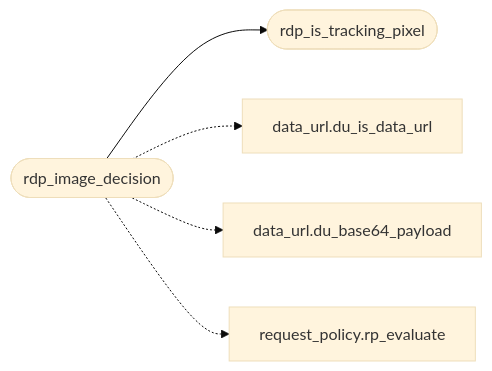
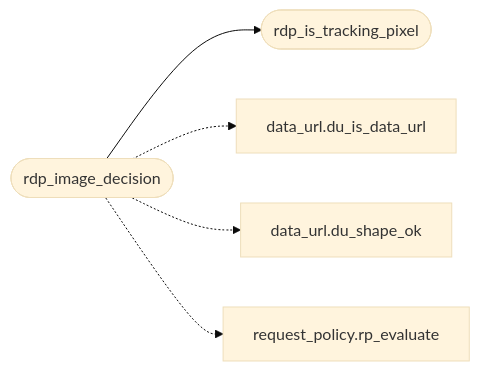
Before and after one commit to grisuno/FreeDom: the diagram in readmenator-apidocs/modules/src.render_policy.c.md, drawn with Mermaid (base theme). The commit also changed other lines of this file and 301 other files, not shown here.

````diff
--- a/readmenator-apidocs/modules/src.render_policy.c.md
+++ b/readmenator-apidocs/modules/src.render_policy.c.md
@@ -13,12 +13,12 @@
 ```mermaid
 flowchart LR
     n_src_render_policy_c__rdp_image_decision(["rdp_image_decision"])
     n_src_render_policy_c__rdp_is_tracking_pixel(["rdp_is_tracking_pixel"])
     n_include_data_url_h__du_is_data_url["data_url.du_is_data_url"]
-    n_src_data_url_c__du_base64_payload["data_url.du_base64_payload"]
+    n_src_data_url_c__du_shape_ok["data_url.du_shape_ok"]
     n_src_request_policy_c__rp_evaluate["request_policy.rp_evaluate"]
     n_src_render_policy_c__rdp_image_decision --> n_src_render_policy_c__rdp_is_tracking_pixel
     n_src_render_policy_c__rdp_image_decision -.-> n_include_data_url_h__du_is_data_url
-    n_src_render_policy_c__rdp_image_decision -.-> n_src_data_url_c__du_base64_payload
+    n_src_render_policy_c__rdp_image_decision -.-> n_src_data_url_c__du_shape_ok
     n_src_render_policy_c__rdp_image_decision -.-> n_src_request_policy_c__rp_evaluate
 ```
````
